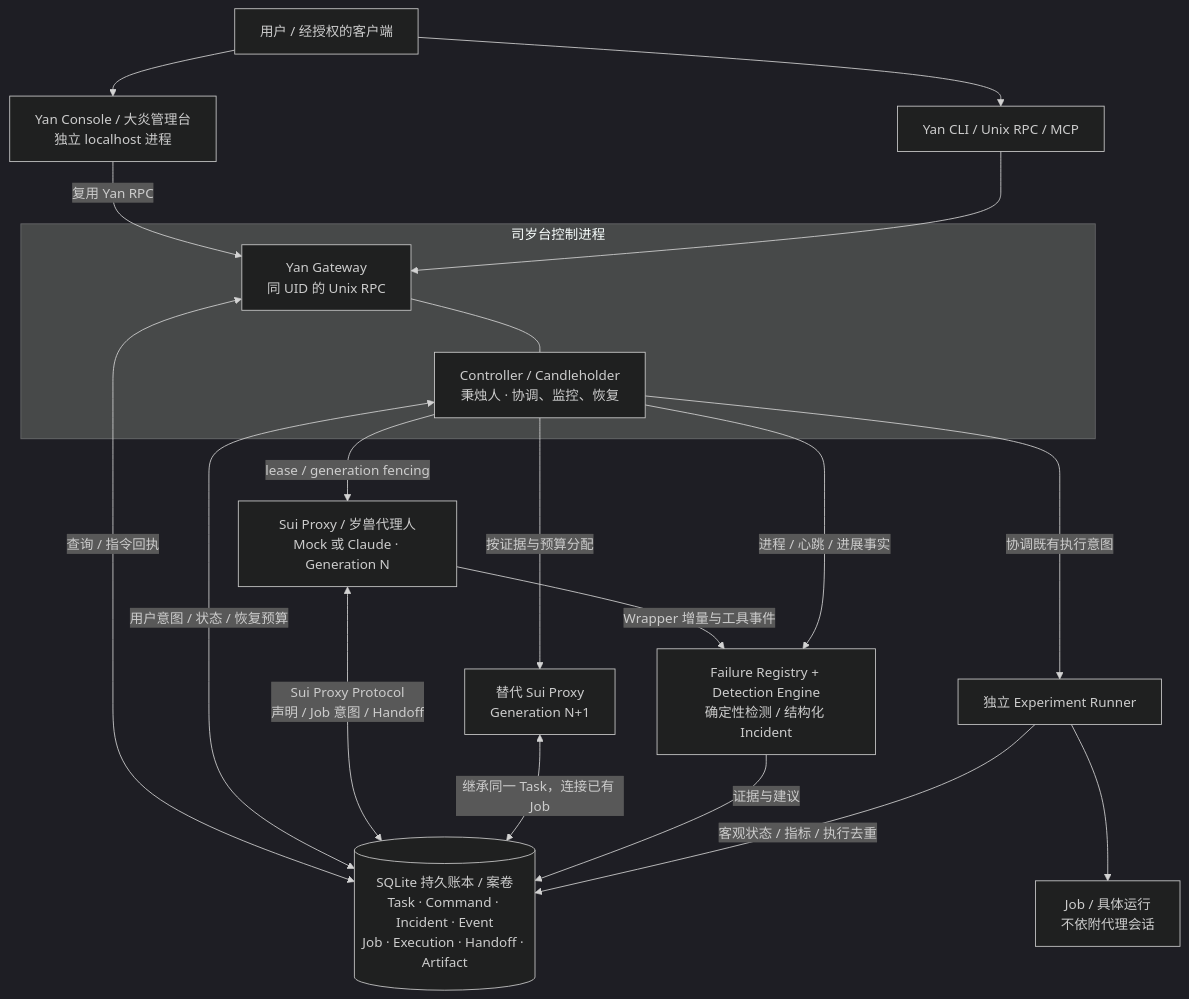
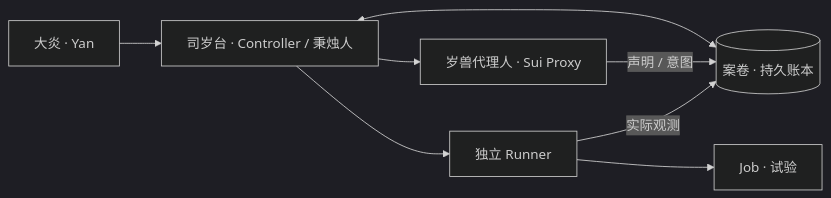
The diagram in README.md (RabbitEG/sui_regulator), drawn with Mermaid (dark theme) before and after one commit. The commit also changed other lines of this file and 7 other files, not shown here.

````diff
--- a/README.md
+++ b/README.md
@@ -72,33 +49,10 @@
 ```mermaid
-flowchart TB
-    User[用户 / 经授权的客户端]
-    Web[Yan Console / 大炎管理台<br/>独立 localhost 进程]
-    API[Yan CLI / Unix RPC / MCP]
-    User --> Web
-    User --> API
-    subgraph Control[司岁台控制进程]
-        Gateway[Yan Gateway<br/>同 UID 的 Unix RPC]
-        C[Controller / Candleholder<br/>秉烛人 · 协调、监控、恢复]
-        Gateway --- C
-    end
-    Web -->|复用 Yan RPC| Gateway
-    API --> Gateway
-    Ledger[(SQLite 持久账本 / 案卷<br/>Task · Command · Incident · Event<br/>Job · Execution · Handoff · Artifact)]
-    Gateway <-->|查询 / 指令回执| Ledger
-    C <-->|用户意图 / 状态 / 恢复预算| Ledger
-    P[Sui Proxy / 岁兽代理人<br/>Mock 或 Claude · Generation N]
-    P2[替代 Sui Proxy<br/>Generation N+1]
-    C -->|lease / generation fencing| P
-    C -->|按证据与预算分配| P2
-    P <-->|Sui Proxy Protocol<br/>声明 / Job 意图 / Handoff| Ledger
-    P2 <-->|继承同一 Task，连接已有 Job| Ledger
-    Detect[Failure Registry + Detection Engine<br/>确定性检测 / 结构化 Incident]
-    P -->|Wrapper 增量与工具事件| Detect
-    C -->|进程 / 心跳 / 进展事实| Detect
-    Detect -->|证据与建议| Ledger
-    R[独立 Experiment Runner]
-    J[Job / 具体运行<br/>不依附代理会话]
-    C -->|协调既有执行意图| R
-    R --> J
-    R -->|客观状态 / 指标 / 执行去重| Ledger
+flowchart LR
+    Yan[大炎 · Yan] --> Control[司岁台 · Controller / 秉烛人]
+    Control <--> Ledger[(案卷 · 持久账本)]
+    Control --> Proxy[岁兽代理人 · Sui Proxy]
+    Proxy -->|声明 / 意图| Ledger
+    Control --> Runner[独立 Runner]
+    Runner --> Job[Job · 试验]
+    Runner -->|实际观测| Ledger
 ```
````
